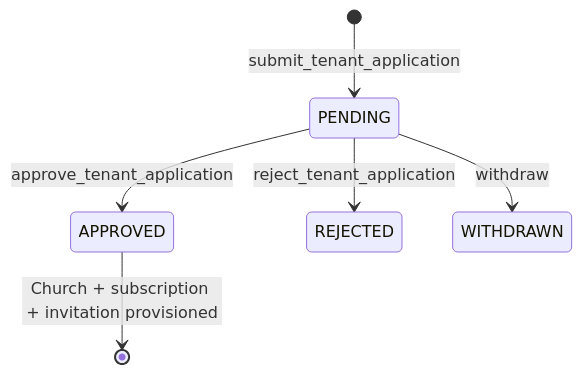
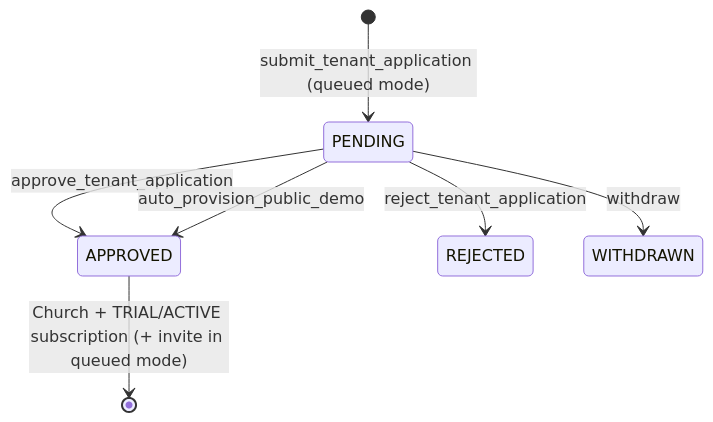
The fourth of 4 diagrams in docs/ARCHITECTURE/MULTI_TENANCY.md (abrahamthompson46-alt/churchhub), drawn with Mermaid before and after one commit. The commit also changed other lines of this file and 22 other files, not shown here.

Commit message:
feat(sitecontrol): auto-provision 30-day public demos with a hard cutoff

````diff
--- a/docs/ARCHITECTURE/MULTI_TENANCY.md
+++ b/docs/ARCHITECTURE/MULTI_TENANCY.md
@@ -186,8 +186,9 @@
 ```mermaid
 stateDiagram-v2
-  [*] --> PENDING: submit_tenant_application
+  [*] --> PENDING: submit_tenant_application (queued mode)
   PENDING --> APPROVED: approve_tenant_application
+  PENDING --> APPROVED: auto_provision_public_demo
   PENDING --> REJECTED: reject_tenant_application
   PENDING --> WITHDRAWN: withdraw
-  APPROVED --> [*]: Church + subscription + invitation provisioned
+  APPROVED --> [*]: Church + TRIAL/ACTIVE subscription (+ invite in queued mode)
 ```
````
